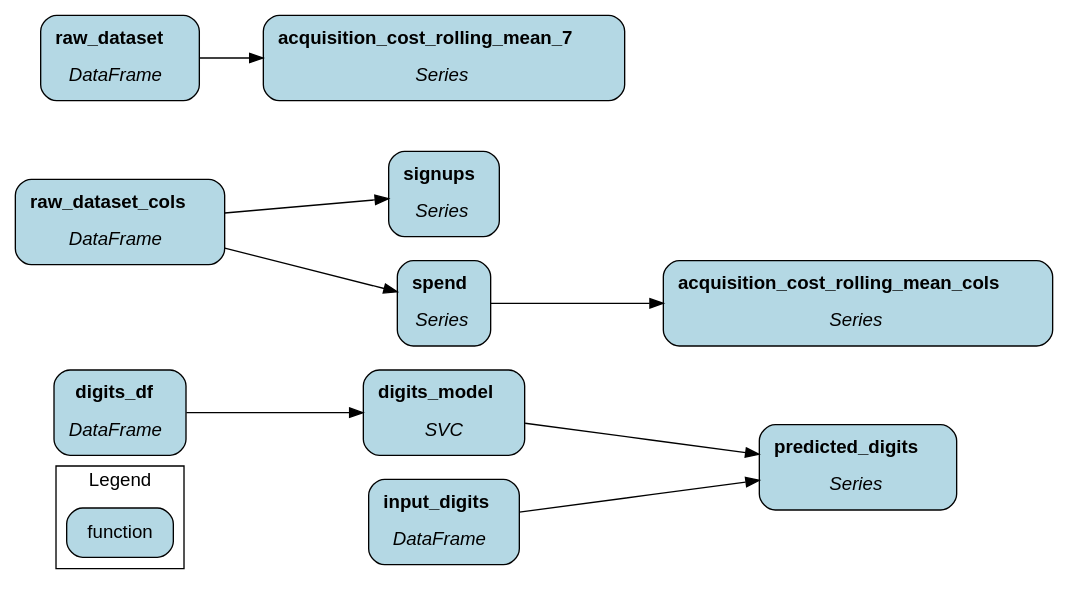
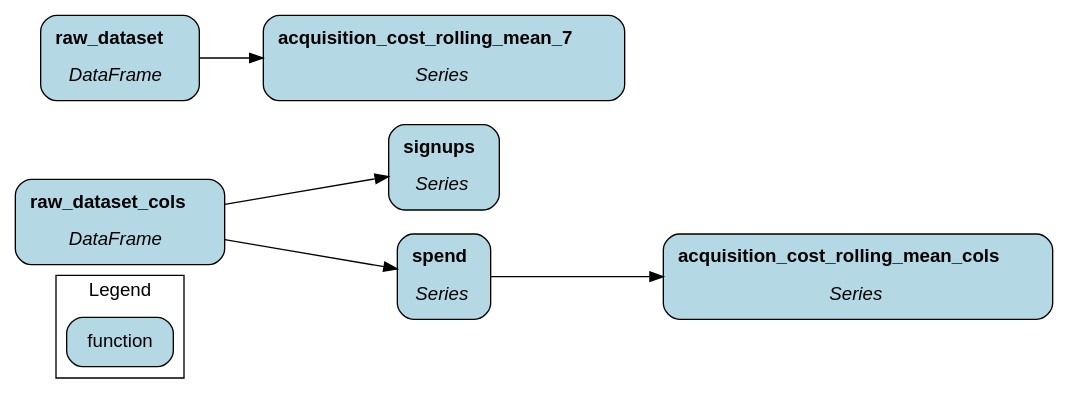
The diagram in hamilton/all_graph.dot (EdwinVivek/ML-hands-on-notebooks), drawn with Graphviz before and after one commit. The commit also changed 6 other files, not shown here.

```diff
--- a/hamilton/all_graph.dot
+++ b/hamilton/all_graph.dot
@@ -1,128 +1,89 @@
 digraph {
-	graph [bb="0,0,683.05,485.8",
+	graph [bb="0,0,683.05,321.8",
 		compound=true,
 		concentrate=true,
 		rankdir=LR,
 		ranksep=0.4,
 		style=filled
 	];
 	node [fillcolor="#ffffff",
 		label="\N"
 	];
 	subgraph cluster__legend {
-		graph [bb="25,400.8,109.85,477.8",
+		graph [bb="25,236.8,109.85,313.8",
 			fillcolor="#ffffff",
 			fontname=helvetica,
 			label=Legend,
 			lheight=0.22,
-			lp="67.425,465.93",
+			lp="67.425,301.93",
 			lwidth=0.62,
 			rank=same
 		];
 		function	[fillcolor="#b4d8e4",
 			fontname=Helvetica,
 			height=0.51875,
 			margin=0.15,
-			pos="67.425,427.8",
+			pos="67.425,263.8",
 			shape=rectangle,
 			style="rounded,filled",
 			width=0.95625];
 	}
-	digits_df	[fillcolor="#b4d8e4",
-		fontname=Helvetica,
-		height=0.88333,
-		label=<<b>digits_df</b><br /><br /><i>DataFrame</i>>,
-		margin=0.15,
-		pos="67.425,113.8",
-		shape=rectangle,
-		style="rounded,filled",
-		width=1.2479];
-	digits_model	[fillcolor="#b4d8e4",
-		fontname=Helvetica,
-		height=0.88333,
-		label=<<b>digits_model</b><br /><br /><i>SVC</i>>,
-		margin=0.15,
-		pos="281.52,113.8",
-		shape=rectangle,
-		style="rounded,filled",
-		width=1.4667];
-	digits_df -> digits_model	[pos="e,228.52,113.8 112.63,113.8 142.95,113.8 183.65,113.8 217.38,113.8"];
-	signups	[fillcolor="#b4d8e4",
-		fontname=Helvetica,
-		height=0.88333,
-		label=<<b>signups</b><br /><br /><i>Series</i>>,
-		margin=0.15,
-		pos="281.52,277.8",
-		shape=rectangle,
-		style="rounded,filled",
-		width=1.0187];
 	acquisition_cost_rolling_mean_cols	[fillcolor="#b4d8e4",
 		fontname=Helvetica,
 		height=0.88333,
 		label=<<b>acquisition_cost_rolling_mean_cols</b><br /><br /><i>Series</i>>,
 		margin=0.15,
-		pos="555.62,195.8",
+		pos="555.62,31.8",
 		shape=rectangle,
 		style="rounded,filled",
 		width=3.5396];
-	raw_dataset_cols	[fillcolor="#b4d8e4",
-		fontname=Helvetica,
-		height=0.88333,
-		label=<<b>raw_dataset_cols</b><br /><br /><i>DataFrame</i>>,
-		margin=0.15,
-		pos="67.425,236.8",
-		shape=rectangle,
-		style="rounded,filled",
-		width=1.8729];
-	raw_dataset_cols -> signups	[pos="e,244.56,270.85 135.24,249.72 167.19,255.89 204.66,263.14 233.55,268.72"];
-	spend	[fillcolor="#b4d8e4",
-		fontname=Helvetica,
-		height=0.88333,
-		label=<<b>spend</b><br /><br /><i>Series</i>>,
-		margin=0.15,
-		pos="281.52,195.8",
-		shape=rectangle,
-		style="rounded,filled",
-		width=0.85208];
-	raw_dataset_cols -> spend	[pos="e,250.39,201.63 135.24,223.88 169.33,217.29 209.72,209.49 239.24,203.78"];
-	predicted_digits	[fillcolor="#b4d8e4",
-		fontname=Helvetica,
-		height=0.88333,
-		label=<<b>predicted_digits</b><br /><br /><i>Series</i>>,
-		margin=0.15,
-		pos="555.62,72.8",
-		shape=rectangle,
-		style="rounded,filled",
-		width=1.7479];
-	digits_model -> predicted_digits	[pos="e,492.65,82.138 334.67,105.94 376.29,99.671 435.12,90.808 481.46,83.825"];
 	raw_dataset	[fillcolor="#b4d8e4",
 		fontname=Helvetica,
 		height=0.88333,
 		label=<<b>raw_dataset</b><br /><br /><i>DataFrame</i>>,
 		margin=0.15,
-		pos="67.425,359.8",
+		pos="67.425,195.8",
 		shape=rectangle,
 		style="rounded,filled",
 		width=1.3938];
 	acquisition_cost_rolling_mean_7	[fillcolor="#b4d8e4",
 		fontname=Helvetica,
 		height=0.88333,
 		label=<<b>acquisition_cost_rolling_mean_7</b><br /><br /><i>Series</i>>,
 		margin=0.15,
-		pos="281.52,359.8",
+		pos="281.52,195.8",
 		shape=rectangle,
 		style="rounded,filled",
 		width=3.2687];
-	raw_dataset -> acquisition_cost_rolling_mean_7	[pos="e,163.36,359.8 117.89,359.8 128.48,359.8 140.13,359.8 152.19,359.8"];
-	input_digits	[fillcolor="#b4d8e4",
+	raw_dataset -> acquisition_cost_rolling_mean_7	[pos="e,163.36,195.8 117.89,195.8 128.48,195.8 140.13,195.8 152.19,195.8"];
+	raw_dataset_cols	[fillcolor="#b4d8e4",
 		fontname=Helvetica,
 		height=0.88333,
-		label=<<b>input_digits</b><br /><br /><i>DataFrame</i>>,
+		label=<<b>raw_dataset_cols</b><br /><br /><i>DataFrame</i>>,
+		margin=0.15,
+		pos="67.425,72.8",
+		shape=rectangle,
+		style="rounded,filled",
+		width=1.8729];
+	signups	[fillcolor="#b4d8e4",
+		fontname=Helvetica,
+		height=0.88333,
+		label=<<b>signups</b><br /><br /><i>Series</i>>,
+		margin=0.15,
+		pos="281.52,113.8",
+		shape=rectangle,
+		style="rounded,filled",
+		width=1.0187];
+	raw_dataset_cols -> signups	[pos="e,244.56,106.85 135.24,85.716 167.19,91.891 204.66,99.135 233.55,104.72"];
+	spend	[fillcolor="#b4d8e4",
+		fontname=Helvetica,
+		height=0.88333,
+		label=<<b>spend</b><br /><br /><i>Series</i>>,
 		margin=0.15,
 		pos="281.52,31.8",
 		shape=rectangle,
 		style="rounded,filled",
-		width=1.3625];
-	input_digits -> predicted_digits	[pos="e,492.39,63.422 330.86,39.083 372.57,45.367 433.45,54.541 481.18,61.733"];
-	spend -> acquisition_cost_rolling_mean_cols	[pos="e,427.95,195.8 312.68,195.8 338.43,195.8 377.42,195.8 416.62,195.8"];
+		width=0.85208];
+	raw_dataset_cols -> spend	[pos="e,250.39,37.625 135.24,59.884 169.33,53.294 209.72,45.488 239.24,39.78"];
+	spend -> acquisition_cost_rolling_mean_cols	[pos="e,427.95,31.8 312.68,31.8 338.43,31.8 377.42,31.8 416.62,31.8"];
 }
```
